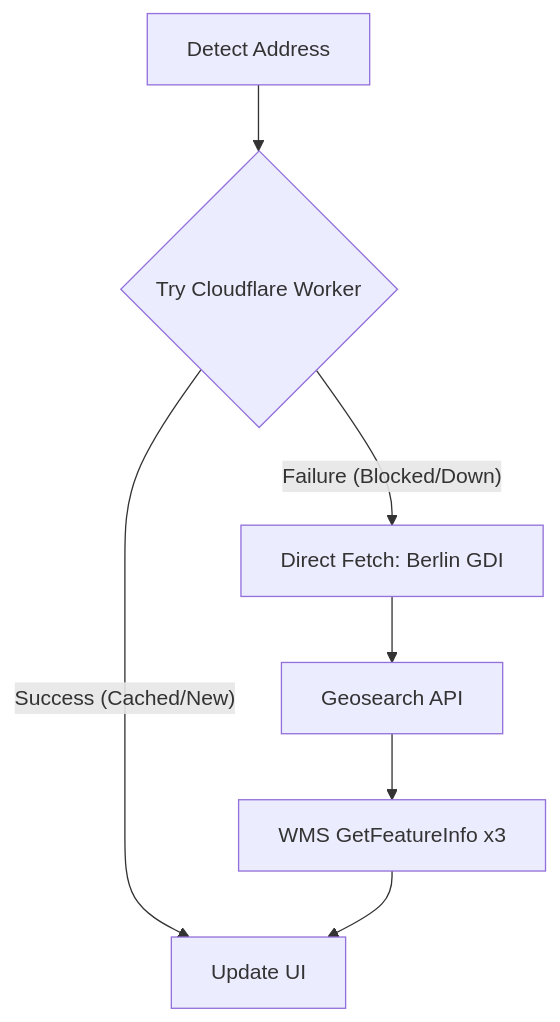
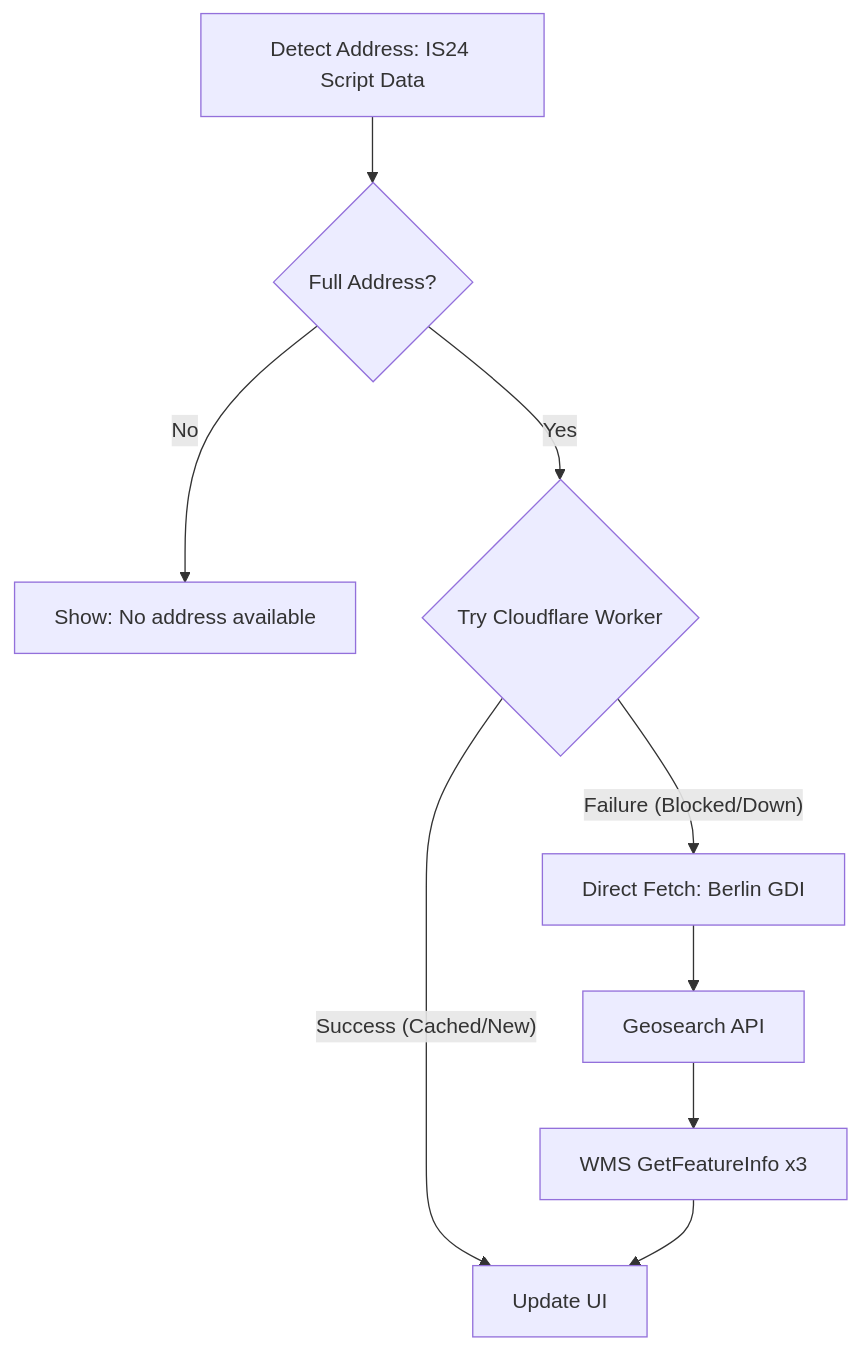
The diagram in README.md (Xyborg/ImmoNoise), drawn with Mermaid before and after one commit. The commit also changed other lines of this file and 2 other files, not shown here.

Commit message:
feat: Implement precise address extraction from IS24 script data for improved lookup accuracy and city detection, and handle hidden addresses.

````diff
--- a/README.md
+++ b/README.md
@@ -38,9 +40,11 @@
 ```mermaid
 graph TD
-    A[Detect Address] --> B{Try Cloudflare Worker}
-    B -- "Success (Cached/New)" --> C[Update UI]
-    B -- "Failure (Blocked/Down)" --> D[Direct Fetch: Berlin GDI]
-    D --> E[Geosearch API]
-    E --> F[WMS GetFeatureInfo x3]
-    F --> C
+    A[Detect Address: IS24 Script Data] --> B{Full Address?}
+    B -- No --> C[Show: No address available]
+    B -- Yes --> D{Try Cloudflare Worker}
+    D -- "Success (Cached/New)" --> E[Update UI]
+    D -- "Failure (Blocked/Down)" --> F[Direct Fetch: Berlin GDI]
+    F --> G[Geosearch API]
+    G --> H[WMS GetFeatureInfo x3]
+    H --> E
 ```
````
